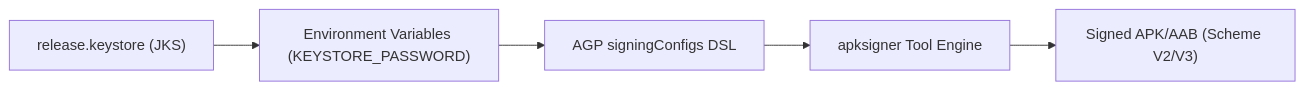
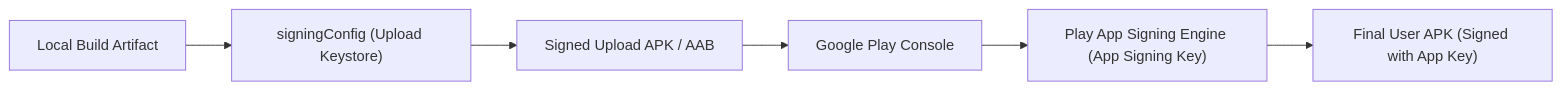
One commit to youngmin-gwon/what-i-studied changed the diagram in 01_inbox/mobile/android/03_packaging_deployment/build/gradle/gradle-build-contracts/signing-config-connects-local-signing-and-play-release-identity.md. Above: the diagram before and after it, drawn with Mermaid. The commit also changed other lines of this file and 134 other files, not shown here.

````diff
--- a/01_inbox/mobile/android/03_packaging_deployment/build/gradle/gradle-build-contracts/signing-config-connects-local-signing-and-play-release-identity.md
+++ b/01_inbox/mobile/android/03_packaging_deployment/build/gradle/gradle-build-contracts/signing-config-connects-local-signing-and-play-release-identity.md
@@ -21,7 +25,8 @@
 ```mermaid
 flowchart LR
-    Keystore["release.keystore (JKS)"] --> EnvVars["Environment Variables (KEYSTORE_PASSWORD)"]
-    EnvVars --> AGP["AGP signingConfigs DSL"]
-    AGP --> APKSigner["apksigner Tool Engine"]
-    APKSigner --> SignedAPK["Signed APK/AAB (Scheme V2/V3)"]
+    LocalBuild["Local Build Artifact"] --> LocalSigning["signingConfig (Upload Keystore)"]
+    LocalSigning --> SignedUploadAPK["Signed Upload APK / AAB"]
+    SignedUploadAPK --> PlayConsole["Google Play Console"]
+    PlayConsole --> PlaySigning["Play App Signing Engine (App Signing Key)"]
+    PlaySigning --> FinalAPK["Final User APK (Signed with App Key)"]
 ```
````
